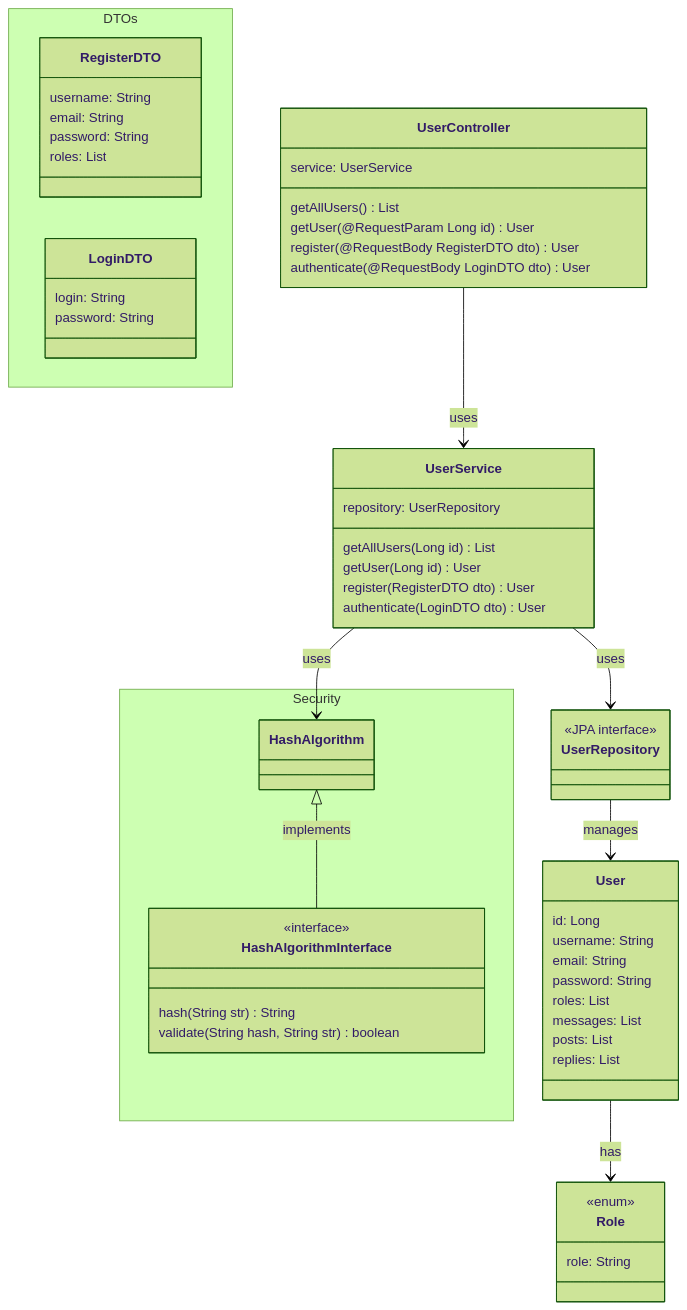
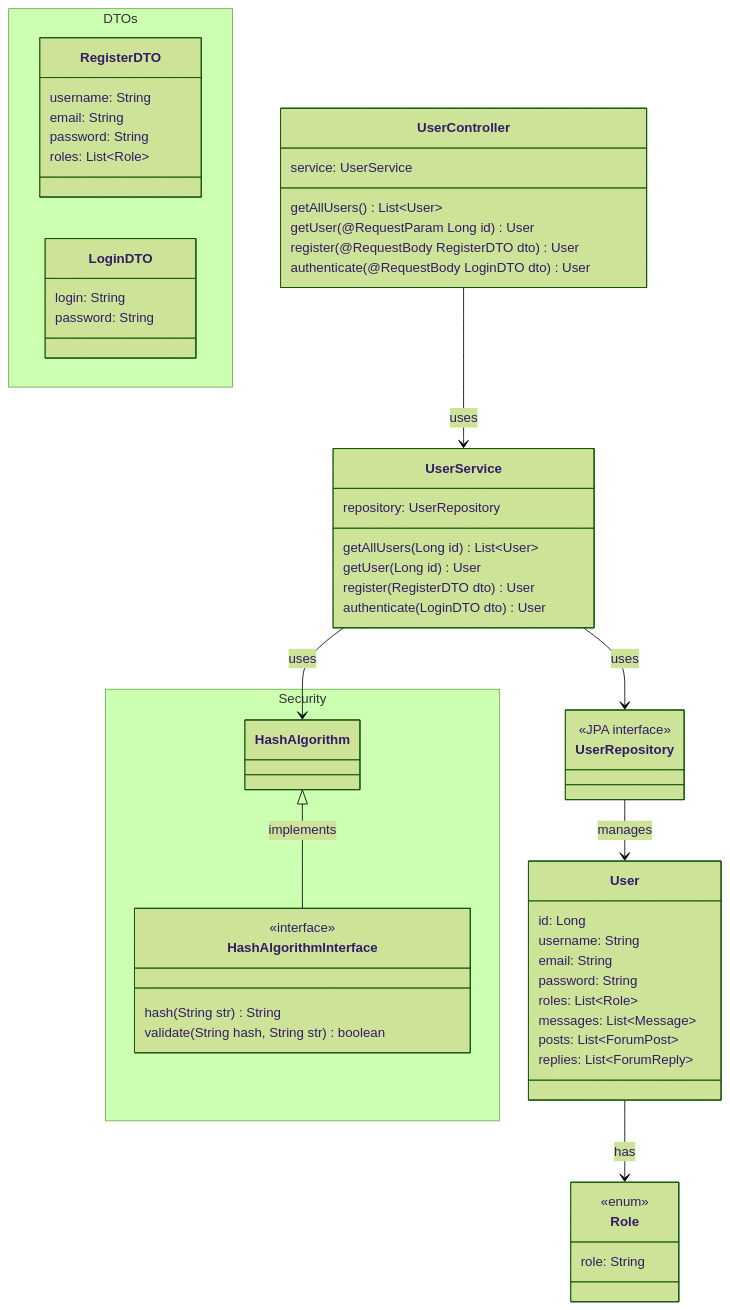
Before and after one commit to sioterino/anemonas: the diagram in docs/diagramas/diagrama-classes/user-domain.md, drawn with Mermaid (forest theme). The commit also changed 2 other files, not shown here.

Commit message:
diagrama de classes / erro de sintax no mermaid

````diff
--- a/docs/diagramas/diagrama-classes/user-domain.md
+++ b/docs/diagramas/diagrama-classes/user-domain.md
@@ -8,75 +8,75 @@
 ```mermaid
 classDiagram
 
     class User {
         id: Long
         username: String
         email: String
         password: String
-        roles: List<Role>
+        roles: List~Role~
 
-        messages: List<Message>
-        posts: List<ForumPost>
-        replies: List<ForumReply>
+        messages: List~Message~
+        posts: List~ForumPost~
+        replies: List~ForumReply~
     }
 
     class Role {
         <<enum>>
         role: String
     }
 
     class UserRepository {
         <<JPA interface>>
     }
 
     class UserService {
         repository: UserRepository
-        getAllUsers(Long id) List<User>
+        getAllUsers(Long id) List~User~
         getUser(Long id) User
         register(RegisterDTO dto) User
         authenticate(LoginDTO dto) User
     }
 
     class UserController {
         service: UserService
-        getAllUsers() List<User>
+        getAllUsers() List~User~
         getUser(@RequestParam Long id) User
         register(@RequestBody RegisterDTO dto) User
         authenticate(@RequestBody LoginDTO dto) User
     }
 
     namespace DTOs {
         class RegisterDTO {
             username: String
             email: String
             password: String
-            roles: List<Role>
+            roles: List~Role~
         }
 
         class LoginDTO {
             login: String
             password: String
         }
     }
 
     namespace Security {
 
         class HashAlgorithmInterface {
             <<interface>>
             hash(String str) String
             validate(String hash, String str) boolean
         }
 
         class HashAlgorithm {}
 
     }
 
     User --> Role : has
     UserRepository --> User : manages
     UserService --> UserRepository : uses
     UserController --> UserService : uses
 
     HashAlgorithm <|-- HashAlgorithmInterface : implements
     UserService --> HashAlgorithm : uses
 
 ```
````
